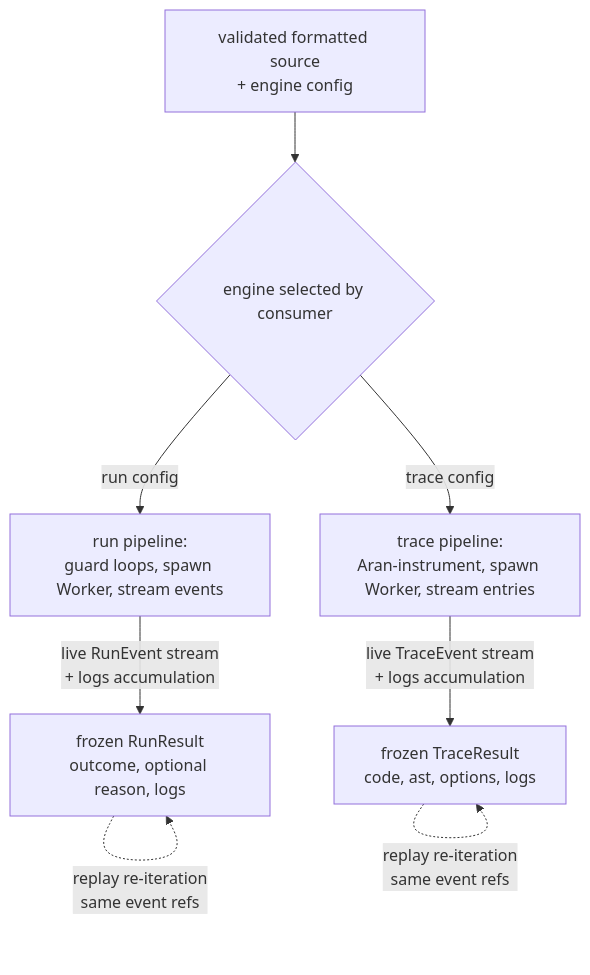
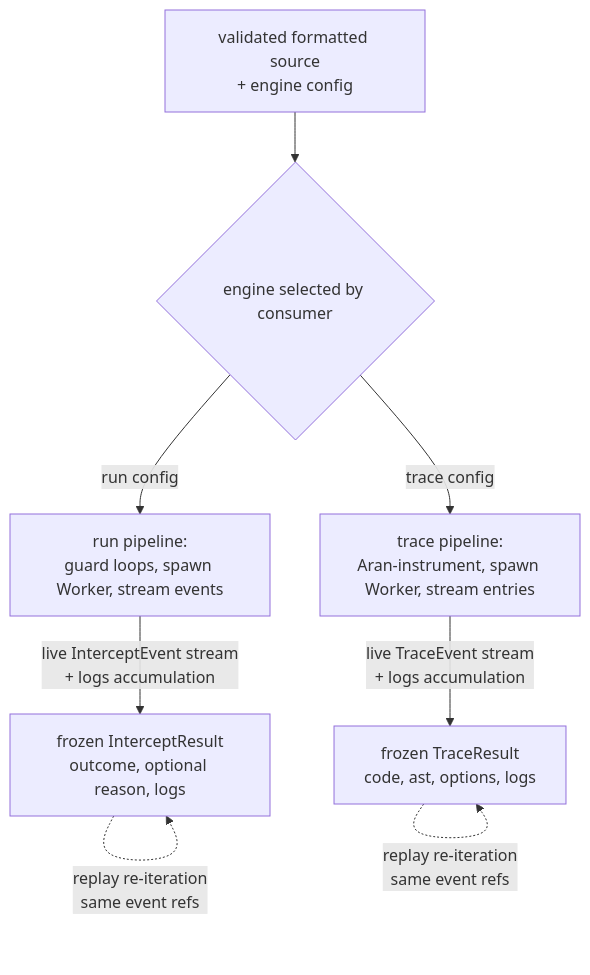
The diagram in src/lib/welcome-to-programming/just-enough/javascript/lib/evaluating/DOCS.md (codeschoolinabox/curricula), drawn with Mermaid before and after one commit. The commit also changed other lines of this file and 39 other files, not shown here.

First line of the commit message:
refactor: rename run engine to intercept (free run/ slot for trapless engine)

````diff
--- a/src/lib/welcome-to-programming/just-enough/javascript/lib/evaluating/DOCS.md
+++ b/src/lib/welcome-to-programming/just-enough/javascript/lib/evaluating/DOCS.md
@@ -10,10 +10,10 @@
 ```mermaid
 flowchart TD
     A[validated formatted source<br/>+ engine config] --> B{engine selected by consumer}
     B -->|run config| C[run pipeline:<br/>guard loops, spawn Worker, stream events]
     B -->|trace config| D[trace pipeline:<br/>Aran-instrument, spawn Worker, stream entries]
-    C -->|live RunEvent stream<br/>+ logs accumulation| E[frozen RunResult<br/>outcome, optional reason, logs]
+    C -->|live InterceptEvent stream<br/>+ logs accumulation| E[frozen InterceptResult<br/>outcome, optional reason, logs]
     D -->|live TraceEvent stream<br/>+ logs accumulation| F[frozen TraceResult<br/>code, ast, options, logs]
     E -.->|replay re-iteration<br/>same event refs| E
     F -.->|replay re-iteration<br/>same event refs| F
 ```
````
